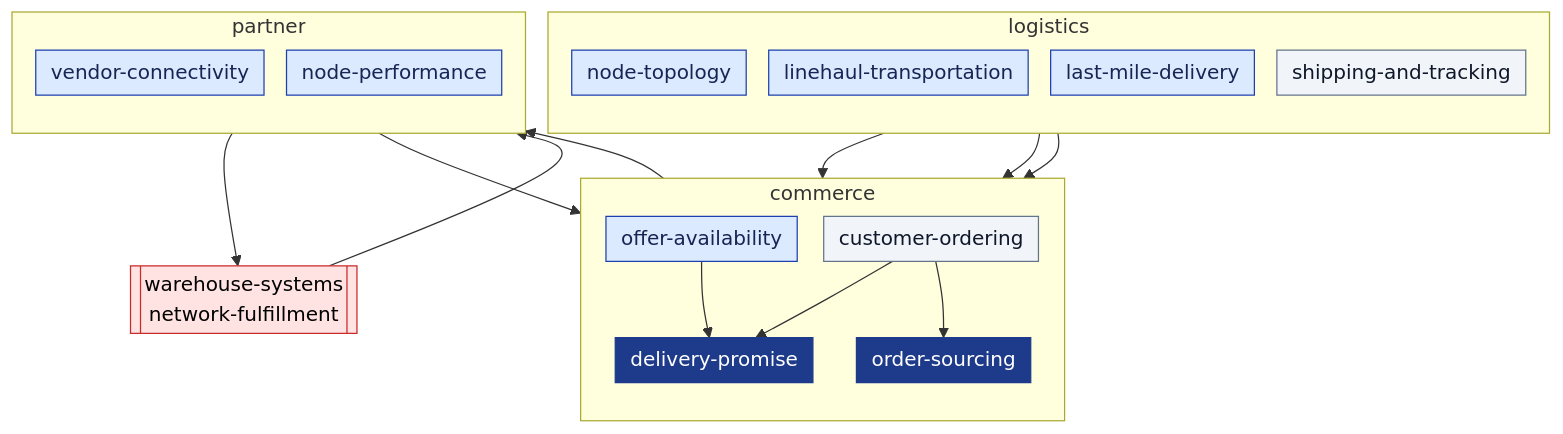
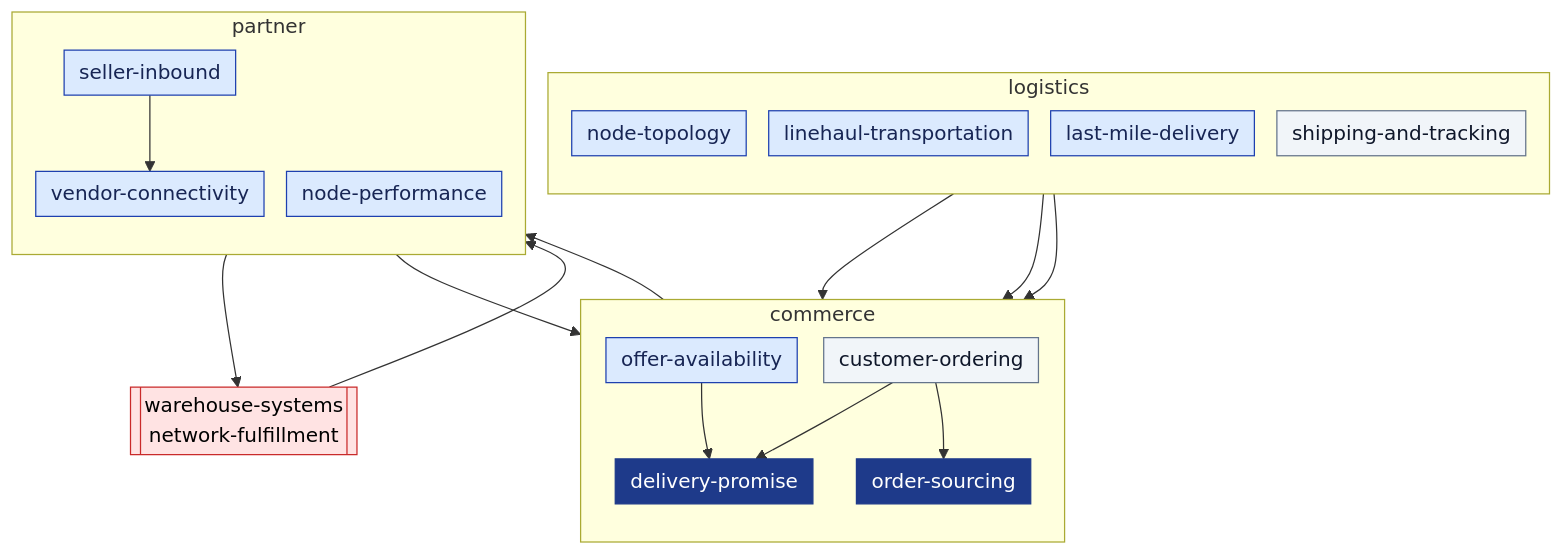
One commit to IQVO/warehouse-docs changed the diagram in network/docs/overview.md. Above: the diagram before and after it, drawn with Mermaid. The commit also changed other lines of this file and 125 other files, not shown here.

Commit message:
docs(network): port seller-inbound context, ADR 0009, gaps G41-G54 and deltas from retail-network-docs PR #11

````diff
--- a/network/docs/overview.md
+++ b/network/docs/overview.md
@@ -33,38 +37,40 @@
 ```mermaid
 %%{init: {"flowchart": {"nodeSpacing": 18, "rankSpacing": 36, "padding": 6}}}%%
 flowchart TB
     classDef core fill:#1e3a8a,stroke:#1e3a8a,color:#fff
     classDef sup fill:#dbeafe,stroke:#1e40af,color:#172554
     classDef gen fill:#f1f5f9,stroke:#64748b,color:#0f172a
     classDef ext fill:#ffe3e3,stroke:#c92a2a,color:#000
     subgraph COM["commerce"]
         direction TB
         CO["customer-ordering"]:::gen
         DP["delivery-promise"]:::core
         OS["order-sourcing"]:::core
         OA["offer-availability"]:::sup
     end
     subgraph LOG["logistics"]
         direction TB
         NT["node-topology"]:::sup
         LH["linehaul-transportation"]:::sup
         LM["last-mile-delivery"]:::sup
         ST["shipping-and-tracking"]:::gen
     end
     subgraph PAR["partner"]
         direction TB
         VC["vendor-connectivity"]:::sup
         NP["node-performance"]:::sup
+        SI["seller-inbound"]:::sup
     end
     NF[["warehouse-systems<br/>network-fulfillment"]]:::ext
     CO --> DP
     CO --> OS
     OS --> VC
     VC --> NF
     NF --> VC
     NT --> DP
     LH --> DP
     LM --> DP
     NP --> DP
     OA --> DP
+    SI --> VC
 ```
````
